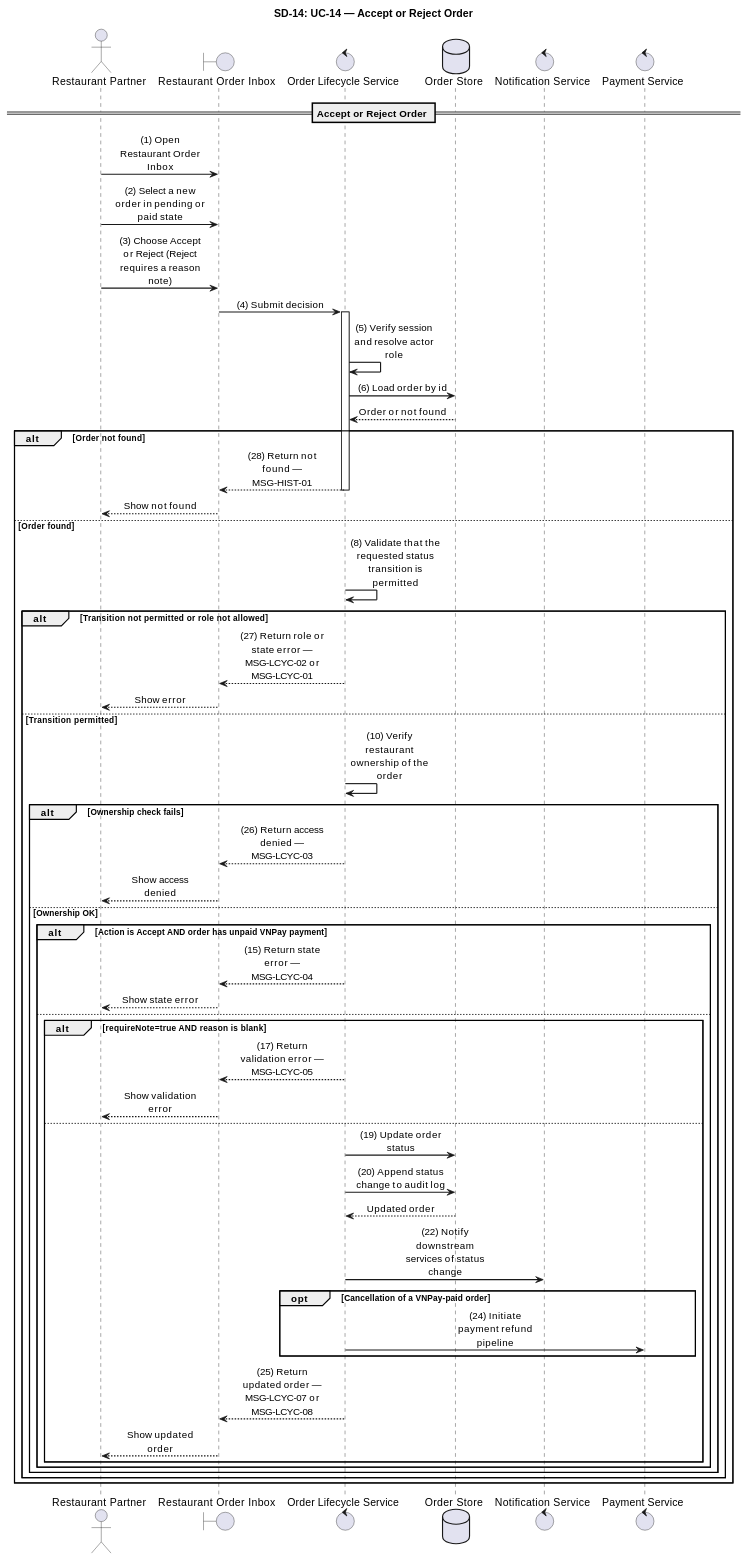
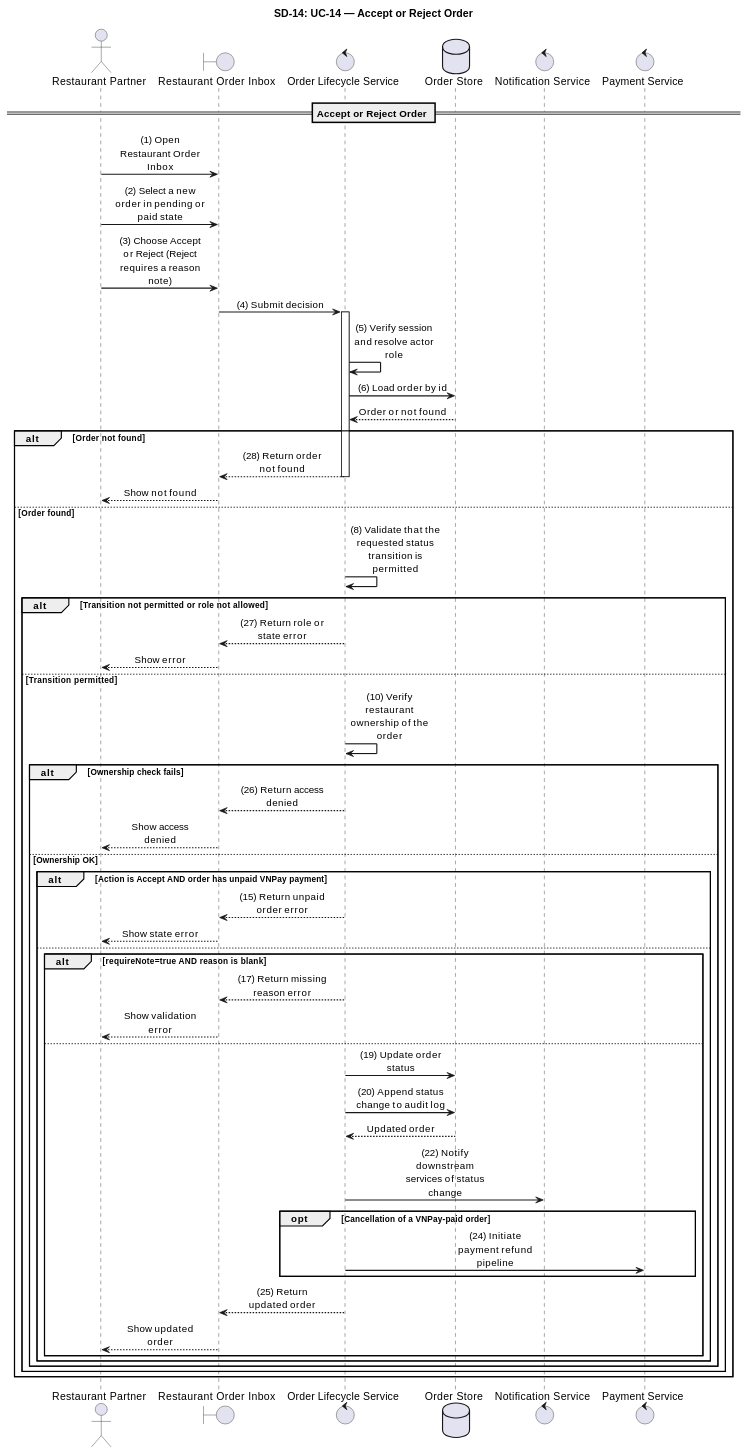
Diagram 14 of 35 in apps/api/docs/Final_Documents/SRS_SequenceDiagrams.md (luubinhdeptrai/Food_Delivery), drawn with PlantUML before and after one commit. The commit also changed other lines of this file, not shown here.

Commit message:
complete sequence diagram

````diff
--- a/apps/api/docs/Final_Documents/SRS_SequenceDiagrams.md
+++ b/apps/api/docs/Final_Documents/SRS_SequenceDiagrams.md
@@ -1133,81 +1142,81 @@
 ```plantuml
 @startuml SD-14_AcceptOrRejectOrder
 
 skinparam shadowing false
 skinparam sequenceMessageAlign center
 skinparam responseMessageBelowArrow true
 skinparam maxMessageSize 120
 skinparam sequenceArrowThickness 1.5
 skinparam ParticipantPadding 20
 skinparam BoxPadding 10
 
 title SD-14: UC-14 — Accept or Reject Order
 
 actor "Restaurant Partner" as Partner
 boundary "Restaurant Order Inbox" as UI
 control "Order Lifecycle Service" as LifecycleSvc
 database "Order Store" as OrderDB
 control "Notification Service" as NotifSvc
 control "Payment Service" as PaySvc
 
 autonumber stop
 
 == Accept or Reject Order ==
 
 Partner -> UI : (1) Open Restaurant Order Inbox
 Partner -> UI : (2) Select a new order in pending or paid state
 Partner -> UI : (3) Choose Accept or Reject (Reject requires a reason note)
 UI -> LifecycleSvc : (4) Submit decision
 activate LifecycleSvc
 
 LifecycleSvc -> LifecycleSvc : (5) Verify session and resolve actor role
 LifecycleSvc -> OrderDB : (6) Load order by id
 OrderDB --> LifecycleSvc : Order or not found
 
 alt Order not found
-    LifecycleSvc --> UI : (28) Return not found — MSG-HIST-01
+    LifecycleSvc --> UI : (28) Return order not found
     deactivate LifecycleSvc
     UI --> Partner : Show not found
 else Order found
     LifecycleSvc -> LifecycleSvc : (8) Validate that the requested status transition is permitted
 
     alt Transition not permitted or role not allowed
-        LifecycleSvc --> UI : (27) Return role or state error — MSG-LCYC-02 or MSG-LCYC-01
+        LifecycleSvc --> UI : (27) Return role or state error
         deactivate LifecycleSvc
         UI --> Partner : Show error
     else Transition permitted
         LifecycleSvc -> LifecycleSvc : (10) Verify restaurant ownership of the order
 
         alt Ownership check fails
-            LifecycleSvc --> UI : (26) Return access denied — MSG-LCYC-03
+            LifecycleSvc --> UI : (26) Return access denied
             deactivate LifecycleSvc
             UI --> Partner : Show access denied
         else Ownership OK
             alt Action is Accept AND order has unpaid VNPay payment
-                LifecycleSvc --> UI : (15) Return state error — MSG-LCYC-04
+                LifecycleSvc --> UI : (15) Return unpaid order error
                 deactivate LifecycleSvc
                 UI --> Partner : Show state error
             else
                 alt requireNote=true AND reason is blank
-                    LifecycleSvc --> UI : (17) Return validation error — MSG-LCYC-05
+                    LifecycleSvc --> UI : (17) Return missing reason error
                     deactivate LifecycleSvc
                     UI --> Partner : Show validation error
                 else
                     LifecycleSvc -> OrderDB : (19) Update order status
                     LifecycleSvc -> OrderDB : (20) Append status change to audit log
                     OrderDB --> LifecycleSvc : Updated order
                     LifecycleSvc -> NotifSvc : (22) Notify downstream services of status change
                     opt Cancellation of a VNPay-paid order
                         LifecycleSvc -> PaySvc : (24) Initiate payment refund pipeline
                     end
-                    LifecycleSvc --> UI : (25) Return updated order — MSG-LCYC-07 or MSG-LCYC-08
+                    LifecycleSvc --> UI : (25) Return updated order
                     deactivate LifecycleSvc
                     UI --> Partner : Show updated order
                 end
             end
         end
     end
 end
 
 @enduml
 ```
````
